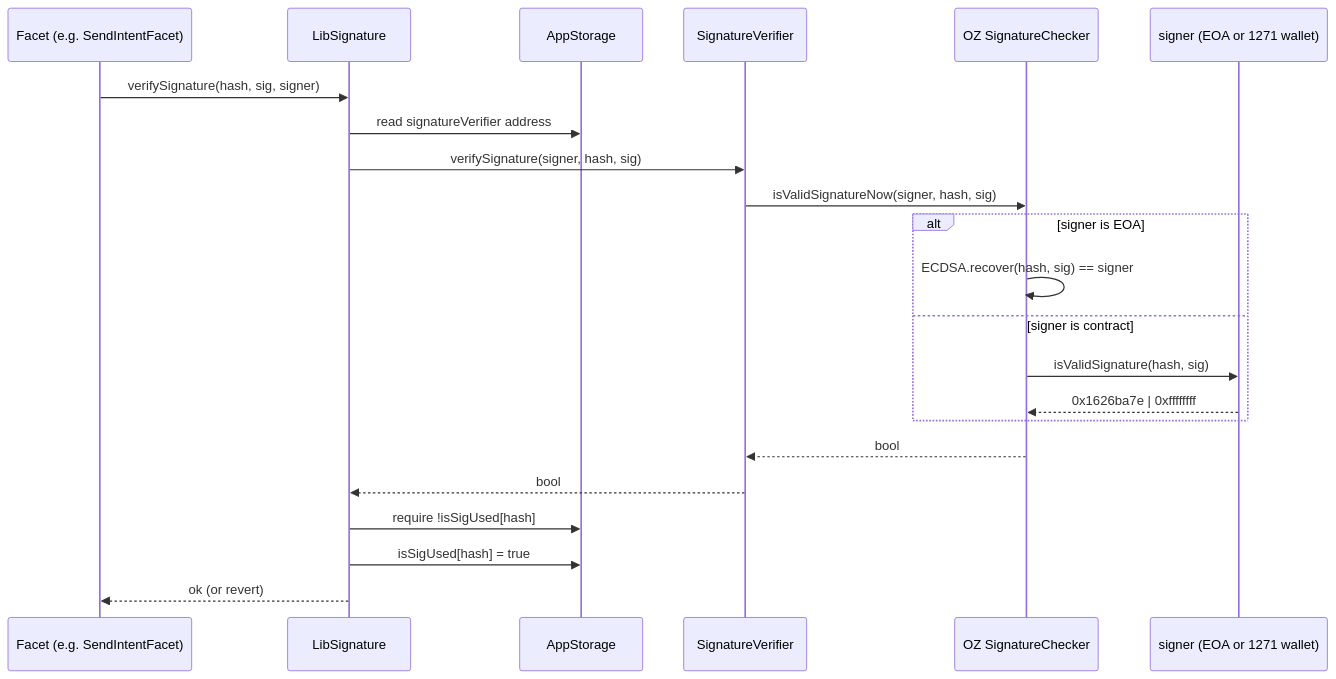
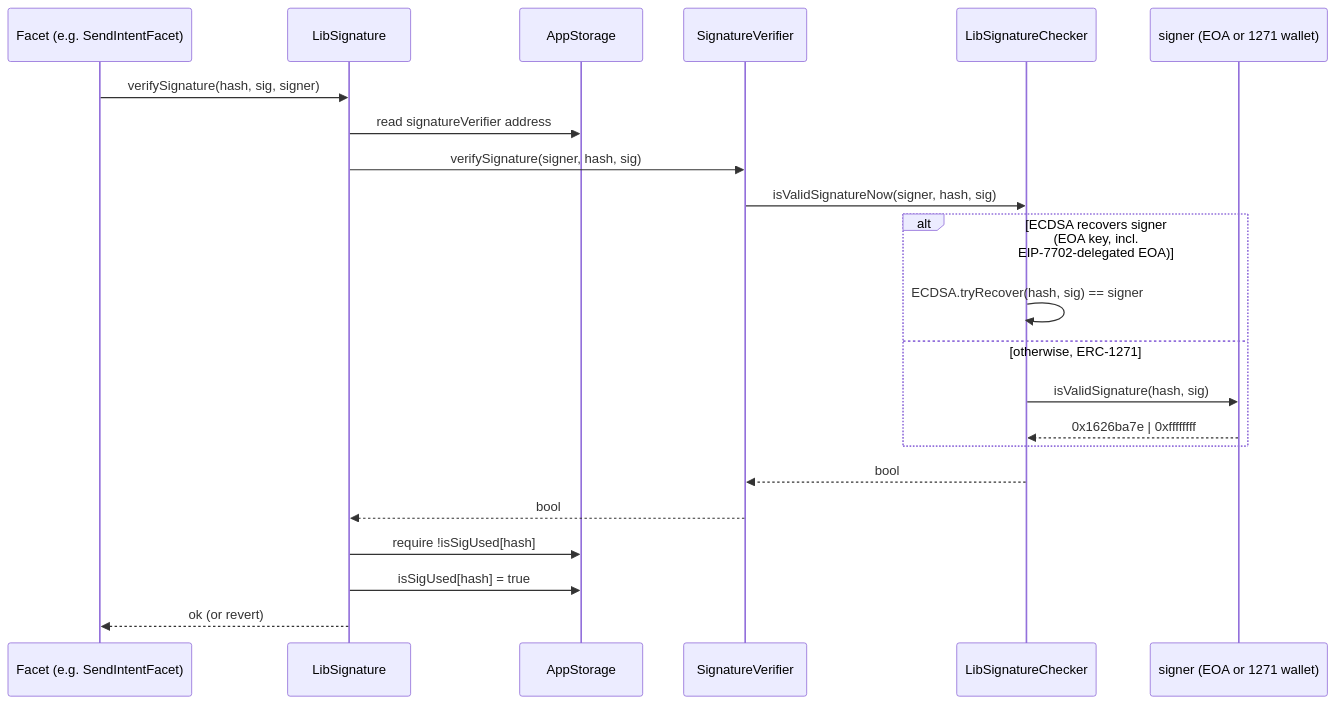
The first of 2 diagrams in docs/concepts/oracle-and-signatures.md (SYMM-IO/options-core), drawn with Mermaid before and after one commit. The commit also changed other lines of this file and 5 other files, not shown here.

Commit message:
Document LibSignatureChecker, OZ5 errors and compiler version

````diff
--- a/docs/concepts/oracle-and-signatures.md
+++ b/docs/concepts/oracle-and-signatures.md
@@ -172,25 +172,25 @@
 ```mermaid
 sequenceDiagram
     participant Caller as Facet (e.g. SendIntentFacet)
     participant LibSig as LibSignature
     participant App as AppStorage
     participant SV as SignatureVerifier
-    participant SC as OZ SignatureChecker
+    participant SC as LibSignatureChecker
     participant Acct as signer (EOA or 1271 wallet)
 
     Caller->>LibSig: verifySignature(hash, sig, signer)
     LibSig->>App: read signatureVerifier address
     LibSig->>SV: verifySignature(signer, hash, sig)
     SV->>SC: isValidSignatureNow(signer, hash, sig)
-    alt signer is EOA
-        SC->>SC: ECDSA.recover(hash, sig) == signer
-    else signer is contract
+    alt ECDSA recovers signer (EOA key, incl. EIP-7702-delegated EOA)
+        SC->>SC: ECDSA.tryRecover(hash, sig) == signer
+    else otherwise, ERC-1271
         SC->>Acct: isValidSignature(hash, sig)
         Acct-->>SC: 0x1626ba7e | 0xffffffff
     end
     SC-->>SV: bool
     SV-->>LibSig: bool
     LibSig->>App: require !isSigUsed[hash]
     LibSig->>App: isSigUsed[hash] = true
     LibSig-->>Caller: ok (or revert)
 ```
````
